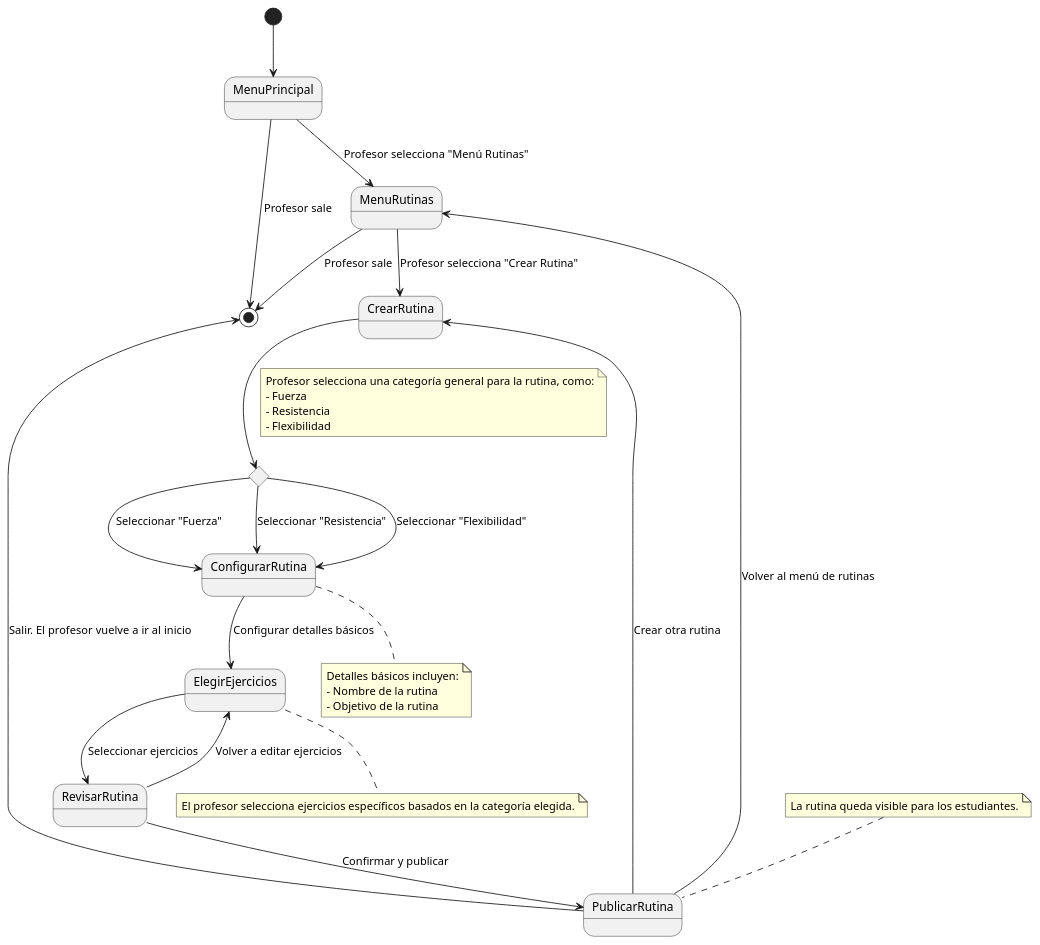
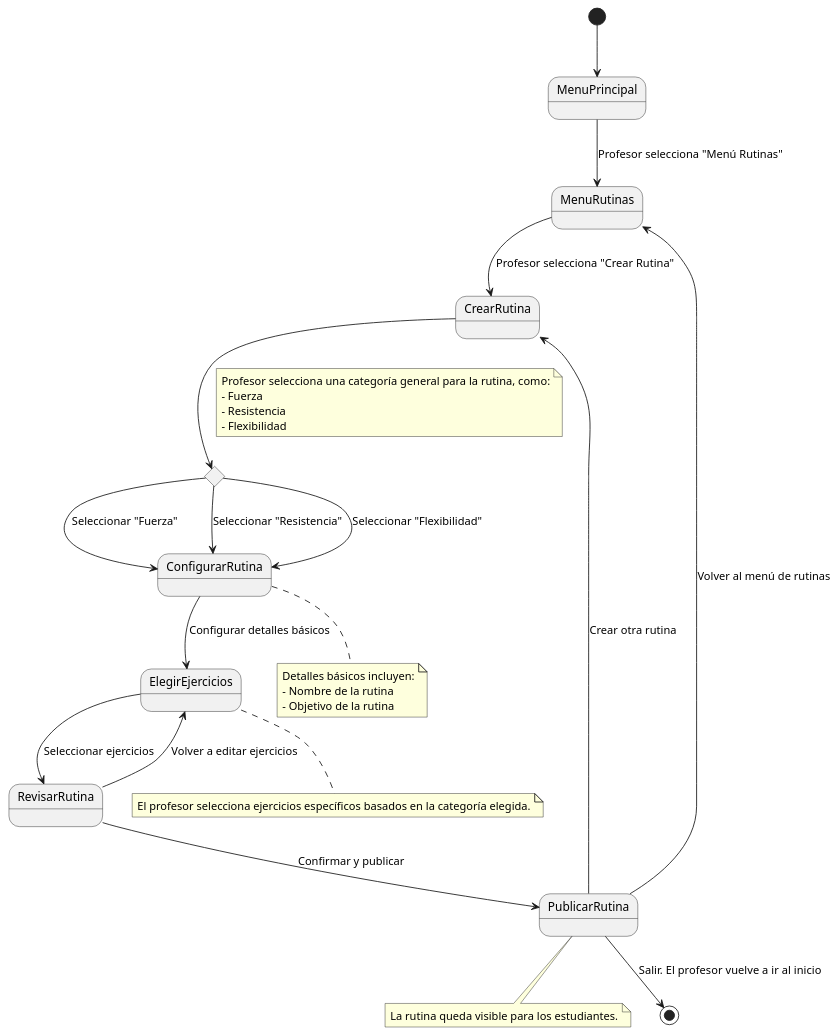
The diagram in Documentos/DetallarCasosDeUso/CrearRutinas.puml (mmasias/24-25-IdSw1-SDR), drawn with PlantUML before and after one commit.

```diff
--- a/Documentos/DetallarCasosDeUso/CrearRutinas.puml
+++ b/Documentos/DetallarCasosDeUso/CrearRutinas.puml
@@ -1,47 +1,47 @@
 @startuml
+
+top to bottom direction
 
 [*] --> MenuPrincipal
 
-MenuPrincipal -d-> MenuRutinas : Profesor selecciona "Menú Rutinas"
-MenuPrincipal --> [*] : Profesor sale
+MenuPrincipal --> MenuRutinas : Profesor selecciona "Menú Rutinas"
 
-MenuRutinas -d-> CrearRutina : Profesor selecciona "Crear Rutina"
-MenuRutinas -d-> [*] : Profesor sale
+MenuRutinas --> CrearRutina : Profesor selecciona "Crear Rutina"
 
 state SeleccionarCategoria <<choice>>
-CrearRutina -d-> SeleccionarCategoria
+CrearRutina --> SeleccionarCategoria
 note on link
     Profesor selecciona una categoría general para la rutina, como:
     - Fuerza
     - Resistencia
     - Flexibilidad
 end note
 
-SeleccionarCategoria -d-> ConfigurarRutina : Seleccionar "Fuerza"
-SeleccionarCategoria -d-> ConfigurarRutina : Seleccionar "Resistencia"
-SeleccionarCategoria -d-> ConfigurarRutina : Seleccionar "Flexibilidad"
+SeleccionarCategoria --> ConfigurarRutina : Seleccionar "Fuerza"
+SeleccionarCategoria --> ConfigurarRutina : Seleccionar "Resistencia"
+SeleccionarCategoria --> ConfigurarRutina : Seleccionar "Flexibilidad"
 
 ConfigurarRutina --> ElegirEjercicios : Configurar detalles básicos
 note bottom of ConfigurarRutina
     Detalles básicos incluyen:
     - Nombre de la rutina
     - Objetivo de la rutina
 end note
 
 ElegirEjercicios --> RevisarRutina : Seleccionar ejercicios
 note bottom of ElegirEjercicios
     El profesor selecciona ejercicios específicos basados en la categoría elegida.
 end note
 
-RevisarRutina -d-> PublicarRutina : Confirmar y publicar
-RevisarRutina -u-> ElegirEjercicios : Volver a editar ejercicios
+RevisarRutina --> ElegirEjercicios : Volver a editar ejercicios
+RevisarRutina --> PublicarRutina : Confirmar y publicar
 
-note top of PublicarRutina
+note bottom of PublicarRutina
     La rutina queda visible para los estudiantes.
 end note
 
-PublicarRutina -u-> CrearRutina : Crear otra rutina
-PublicarRutina -u-> MenuRutinas : Volver al menú de rutinas
-PublicarRutina -u-> [*] : Salir. El profesor vuelve a ir al inicio
+PublicarRutina --> CrearRutina : Crear otra rutina
+PublicarRutina --> MenuRutinas : Volver al menú de rutinas
+PublicarRutina --> [*] : Salir. El profesor vuelve a ir al inicio
 
 @enduml
```
